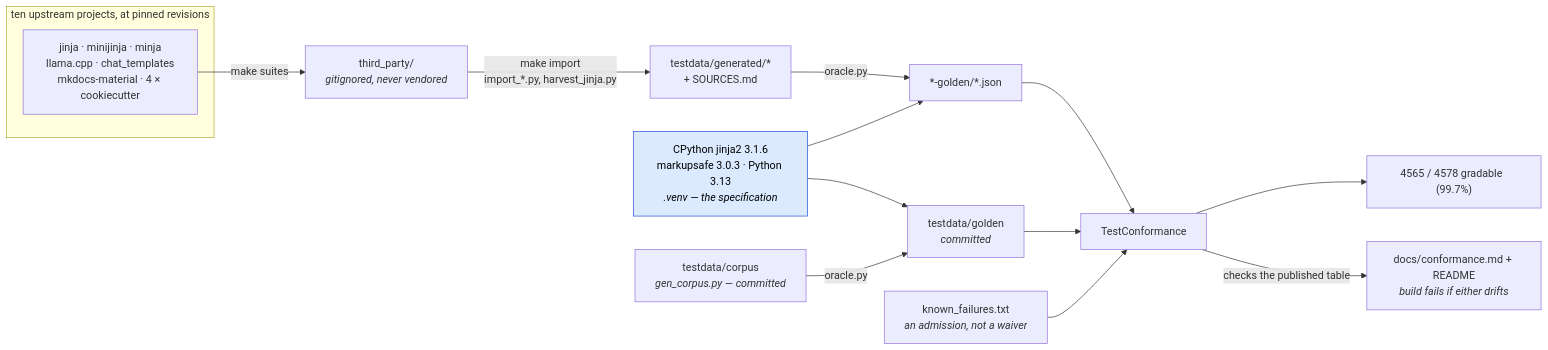
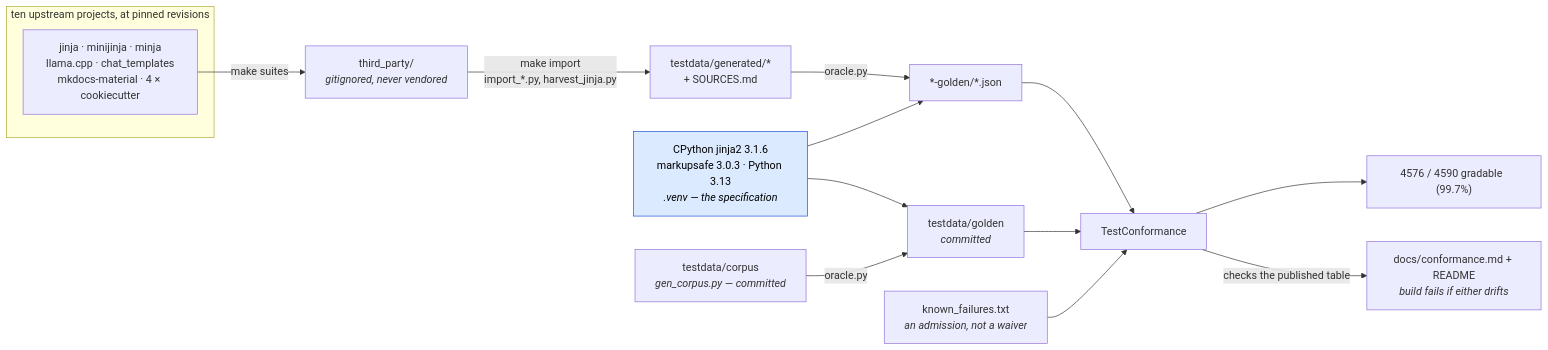
The first of 2 diagrams in docs/conformance.md (mgilbir/gojja2), drawn with Mermaid before and after one commit. The commit also changed other lines of this file and 49 other files, not shown here.

````diff
--- a/docs/conformance.md
+++ b/docs/conformance.md
@@ -17,24 +17,24 @@
 ```mermaid
 flowchart LR
     subgraph up["ten upstream projects, at pinned revisions"]
         U1["jinja · minijinja · minja<br/>llama.cpp · chat_templates<br/>mkdocs-material · 4 × cookiecutter"]
     end
     U1 -->|"make suites"| TP["third_party/<br/><i>gitignored, never vendored</i>"]
     TP -->|"make import<br/>import_*.py, harvest_jinja.py"| GEN["testdata/generated/*<br/>+ SOURCES.md"]
 
     ORA["CPython jinja2 3.1.6<br/>markupsafe 3.0.3 · Python 3.13<br/><i>.venv — the specification</i>"]
     GEN -->|"oracle.py"| G2["*-golden/*.json"]
     ORA --> G2
 
     OWN["testdata/corpus<br/><i>gen_corpus.py — committed</i>"] -->|"oracle.py"| G1["testdata/golden<br/><i>committed</i>"]
     ORA --> G1
 
     G1 --> TC["TestConformance"]
     G2 --> TC
     KF["known_failures.txt<br/><i>an admission, not a waiver</i>"] --> TC
-    TC --> RATE["4565 / 4578 gradable  (99.7%)"]
+    TC --> RATE["4576 / 4590 gradable  (99.7%)"]
     TC -->|"checks the published table"| RM["docs/conformance.md + README<br/><i>build fails if either drifts</i>"]
 
     classDef spec fill:#dbeafe,stroke:#1d4ed8,color:#000
     class ORA spec
 ```
````
